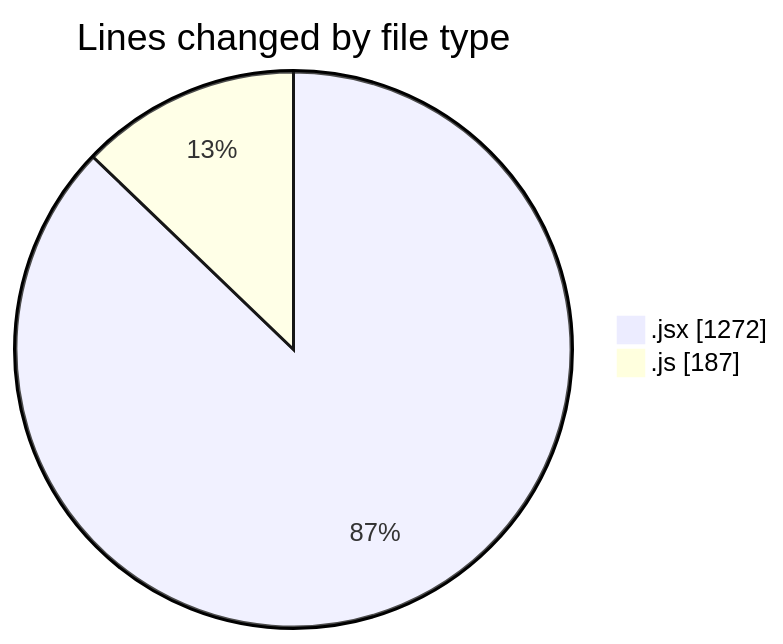
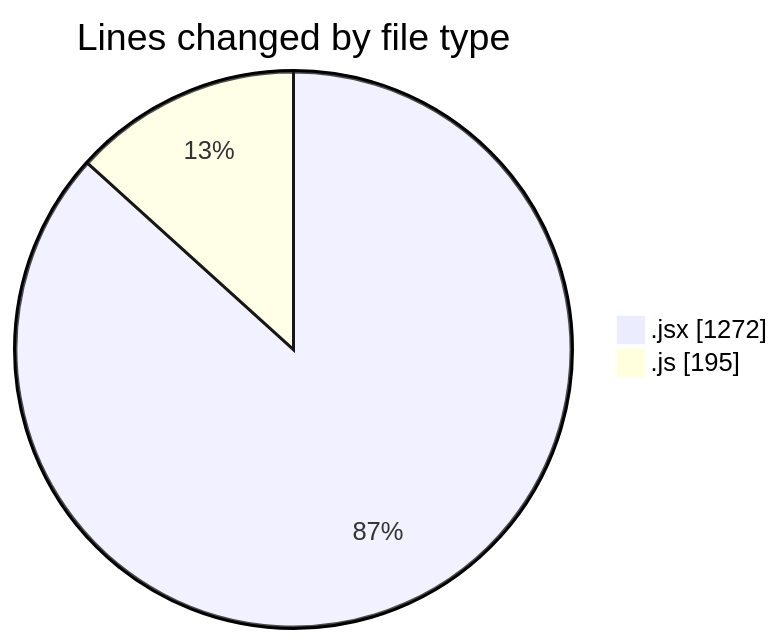
Before and after one commit to nxtqubesakshisongat/code-tracking: the first of 2 diagrams in 2025-05-19/nxtqube_webapp/README.md, drawn with Mermaid. The commit also changed other lines of this file and 1 other file, not shown here.

````diff
--- a/2025-05-19/nxtqube_webapp/README.md
+++ b/2025-05-19/nxtqube_webapp/README.md
@@ -26,6 +26,6 @@
 ```mermaid
 pie showData
 title Lines changed by file type
 ".jsx" : 1272
-".js" : 187
+".js" : 195
 ```
````
